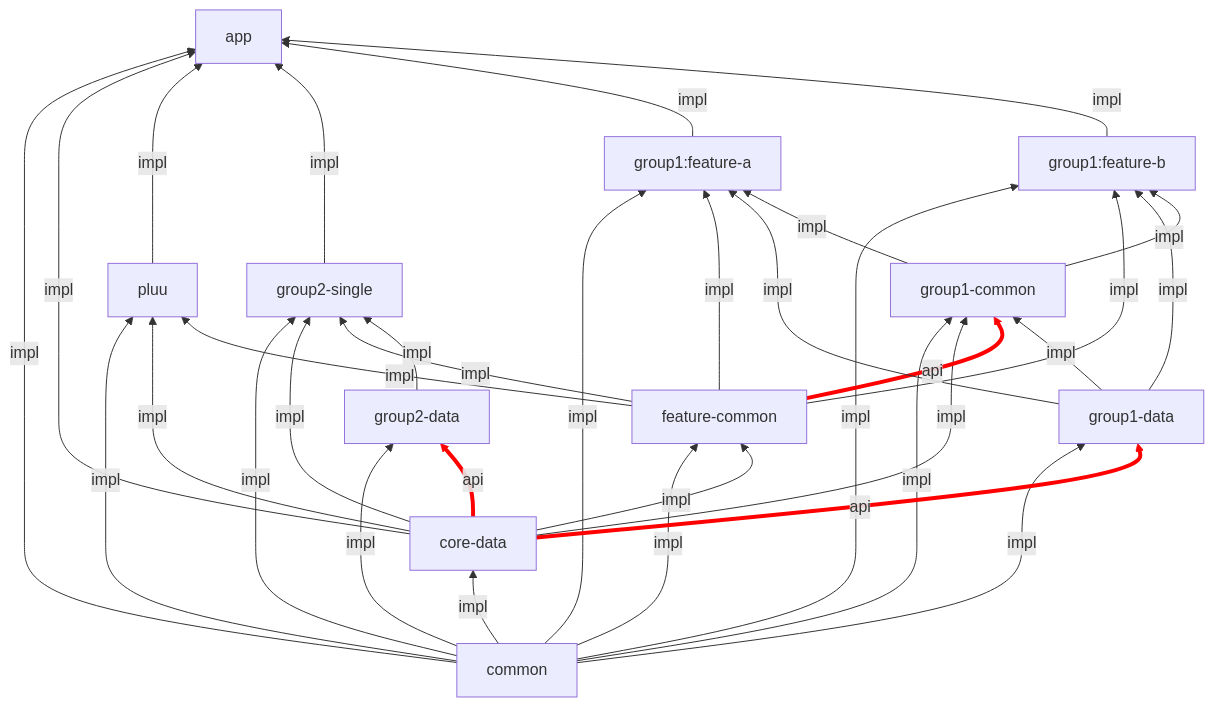
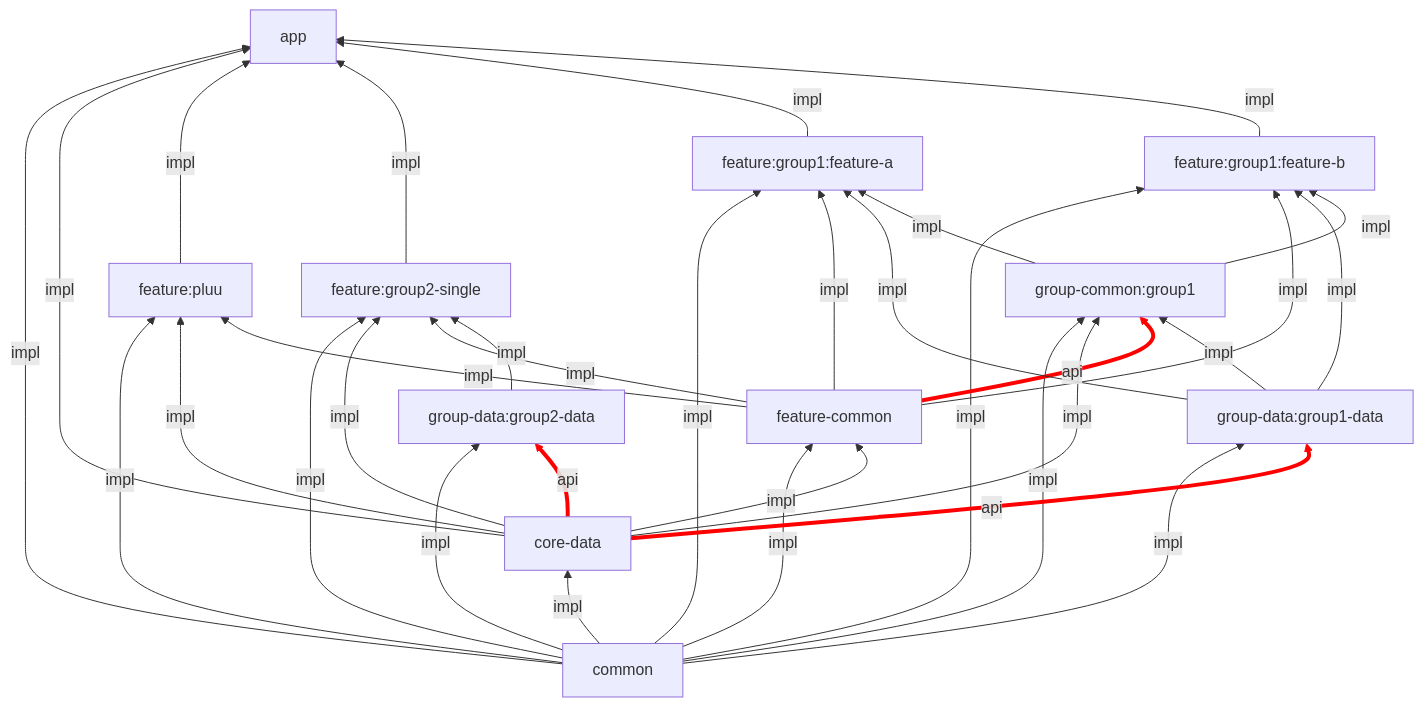
The diagram in README.md (Pluu/ModuleDependencyCheckSample), drawn with Mermaid before and after one commit. The commit also changed 32 other files, not shown here.

````diff
--- a/README.md
+++ b/README.md
@@ -1,44 +1,44 @@
 ```mermaid
 graph BT;
 common--impl-->app;
 common--impl-->core-data;
 common--impl-->feature-common;
-common--impl-->pluu;
-common--impl-->group1-data;
-common--impl-->group1-common;
-common--impl-->group1:feature-a;
-common--impl-->group1:feature-b;
-common--impl-->group2-data;
-common--impl-->group2-single;
+common--impl-->feature:pluu;
+common--impl-->group-data:group1-data;
+common--impl-->group-common:group1;
+common--impl-->feature:group1:feature-a;
+common--impl-->feature:group1:feature-b;
+common--impl-->group-data:group2-data;
+common--impl-->feature:group2-single;
 
 core-data--impl-->app;
 core-data--impl-->feature-common;
-core-data--impl-->pluu;
-core-data--api-->group1-data;
-core-data--impl-->group1-common;
-core-data--api-->group2-data;
-core-data--impl-->group2-single;
+core-data--impl-->feature:pluu;
+core-data--api-->group-data:group1-data;
+core-data--impl-->group-common:group1;
+core-data--api-->group-data:group2-data;
+core-data--impl-->feature:group2-single;
 
-feature-common--impl-->pluu;        
-feature-common--api-->group1-common;
-feature-common--impl-->group1:feature-a;
-feature-common--impl-->group1:feature-b;
-feature-common--impl-->group2-single;   
+feature-common--impl-->feature:pluu;        
+feature-common--api-->group-common:group1;
+feature-common--impl-->feature:group1:feature-a;
+feature-common--impl-->feature:group1:feature-b;
+feature-common--impl-->feature:group2-single;   
 
-group1-data--impl-->group1-common;
-group1-data--impl-->group1:feature-a;
-group1-data--impl-->group1:feature-b;
+group-data:group1-data--impl-->group-common:group1;
+group-data:group1-data--impl-->feature:group1:feature-a;
+group-data:group1-data--impl-->feature:group1:feature-b;
 
-group1-common--impl-->group1:feature-a;
-group1-common--impl-->group1:feature-b;      
+group-common:group1--impl-->feature:group1:feature-a;
+group-common:group1--impl-->feature:group1:feature-b;      
 
-pluu--impl-->app;     
-group2-data--impl-->group2-single;           
-group2-single--impl-->app;
-group1:feature-a--impl-->app;
-group1:feature-b--impl-->app;     
+feature:pluu--impl-->app;     
+group-data:group2-data--impl-->feature:group2-single;           
+feature:group2-single--impl-->app;
+feature:group1:feature-a--impl-->app;
+feature:group1:feature-b--impl-->app;     
       
 linkStyle 13 stroke-width:4px,stroke:red
 linkStyle 15 stroke-width:4px,stroke:red
 linkStyle 18 stroke-width:4px,stroke:red
 ```
````
